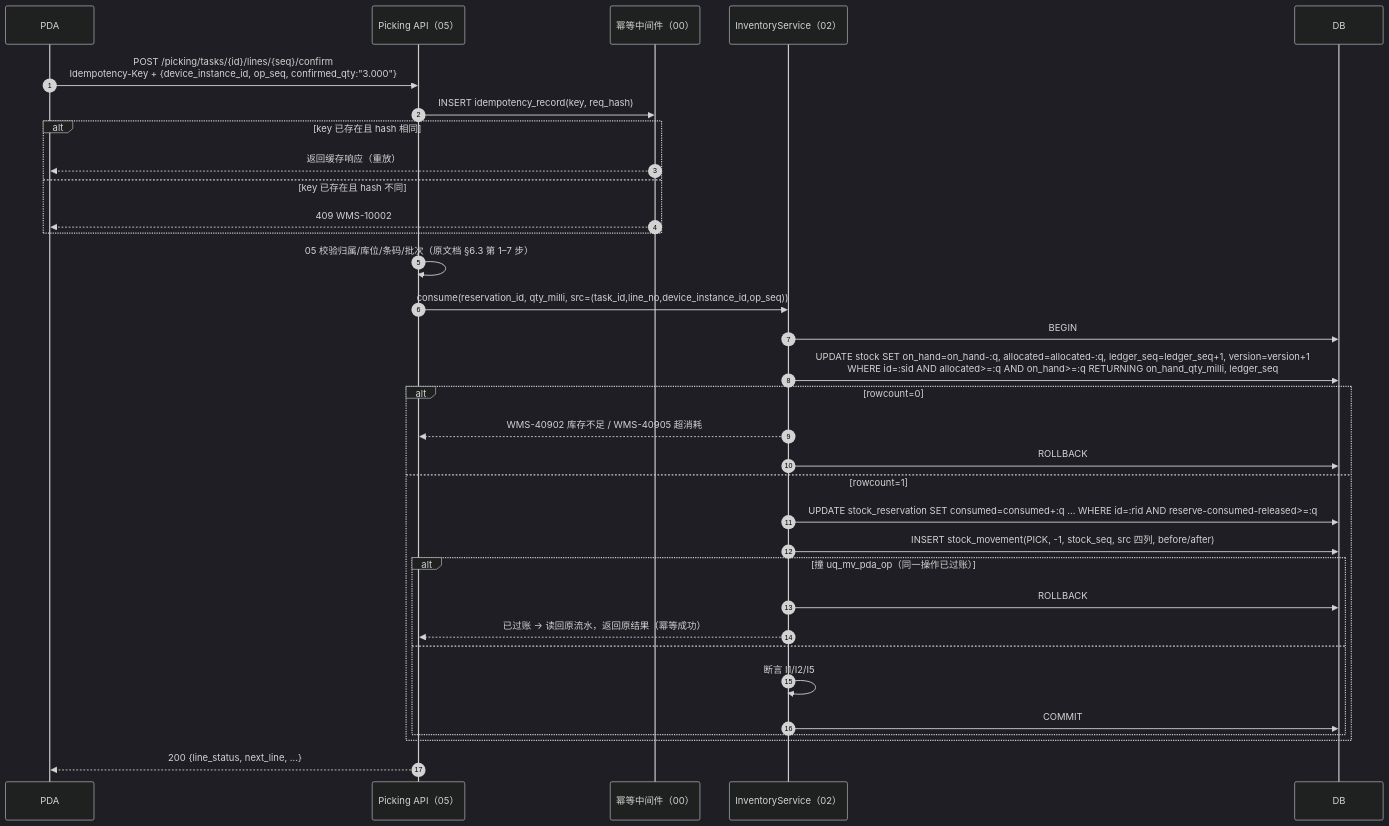
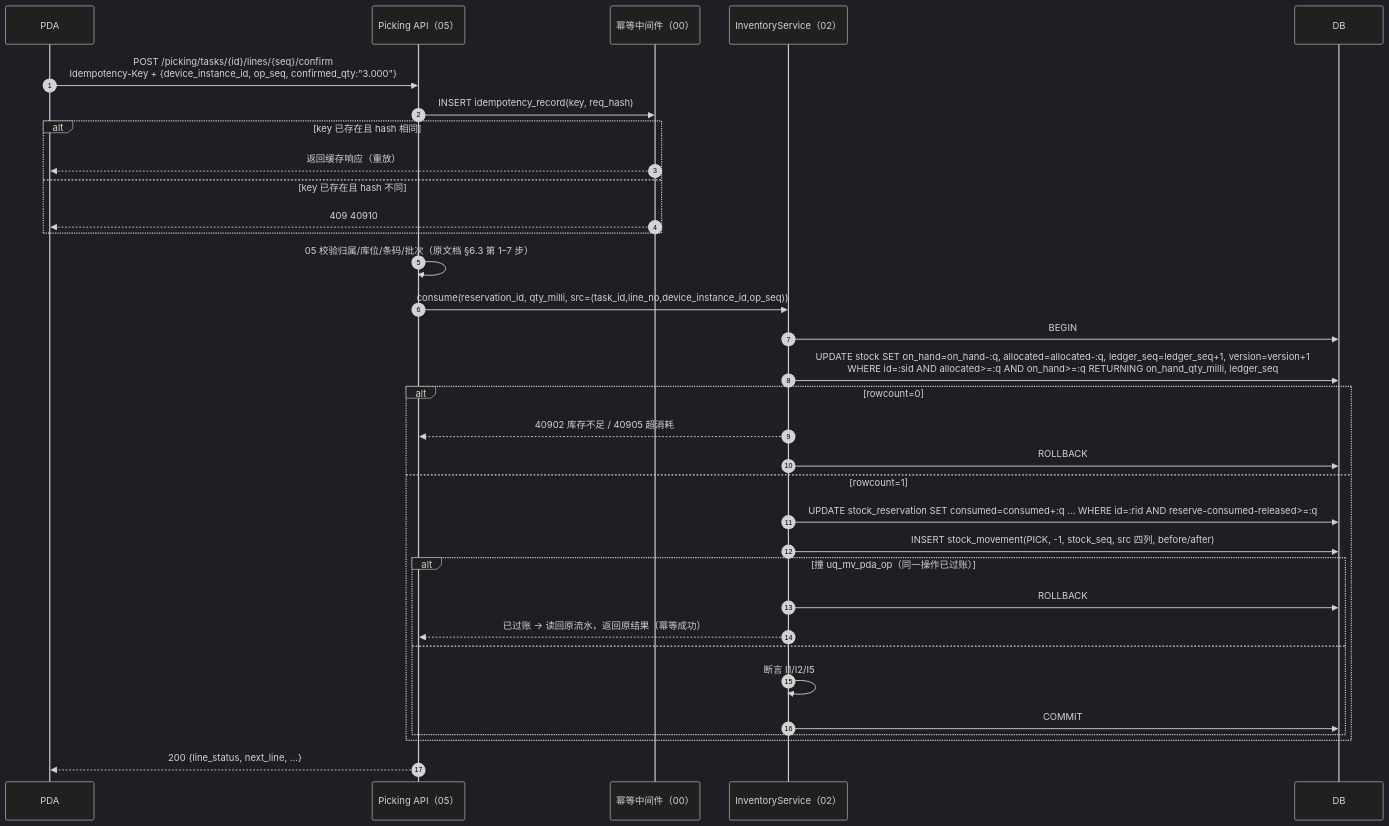
One commit to Akarin7784/fresh-wms changed the second of 4 diagrams in docs/02-库存核心.md. Above: the diagram before and after it, drawn with Mermaid (dark theme). The commit also changed other lines of this file and 4 other files, not shown here.

````diff
--- a/docs/02-库存核心.md
+++ b/docs/02-库存核心.md
@@ -257,35 +265,35 @@
 ```mermaid
 sequenceDiagram
   autonumber
   participant PDA
   participant API as Picking API（05）
   participant IDEM as 幂等中间件（00）
   participant INV as InventoryService（02）
   participant DB
   PDA->>API: POST /picking/tasks/{id}/lines/{seq}/confirm<br/>Idempotency-Key + {device_instance_id, op_seq, confirmed_qty:"3.000"}
   API->>IDEM: INSERT idempotency_record(key, req_hash)
   alt key 已存在且 hash 相同
     IDEM-->>PDA: 返回缓存响应（重放）
   else key 已存在且 hash 不同
-    IDEM-->>PDA: 409 WMS-10002
+    IDEM-->>PDA: 409 40910
   end
   API->>API: 05 校验归属/库位/条码/批次（原文档 §6.3 第 1–7 步）
   API->>INV: consume(reservation_id, qty_milli, src=(task_id,line_no,device_instance_id,op_seq))
   INV->>DB: BEGIN
   INV->>DB: UPDATE stock SET on_hand=on_hand-:q, allocated=allocated-:q, ledger_seq=ledger_seq+1, version=version+1<br/>WHERE id=:sid AND allocated>=:q AND on_hand>=:q RETURNING on_hand_qty_milli, ledger_seq
   alt rowcount=0
-    INV-->>API: WMS-40902 库存不足 / WMS-40905 超消耗
+    INV-->>API: 40902 库存不足 / 40905 超消耗
     INV->>DB: ROLLBACK
   else rowcount=1
     INV->>DB: UPDATE stock_reservation SET consumed=consumed+:q ... WHERE id=:rid AND reserve-consumed-released>=:q
     INV->>DB: INSERT stock_movement(PICK, -1, stock_seq, src 四列, before/after)
     alt 撞 uq_mv_pda_op（同一操作已过账）
       INV->>DB: ROLLBACK
       INV-->>API: 已过账 → 读回原流水，返回原结果（幂等成功）
     else
       INV->>INV: 断言 I1/I2/I5
       INV->>DB: COMMIT
     end
   end
   API-->>PDA: 200 {line_status, next_line, ...}
 ```
````
